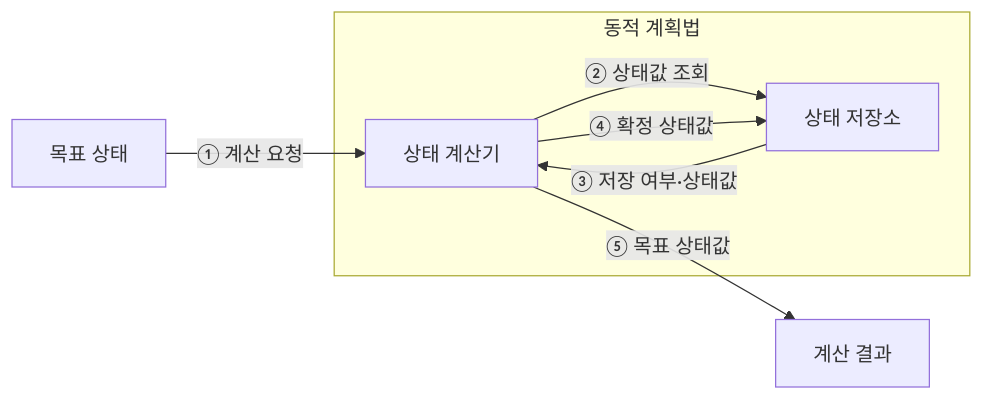
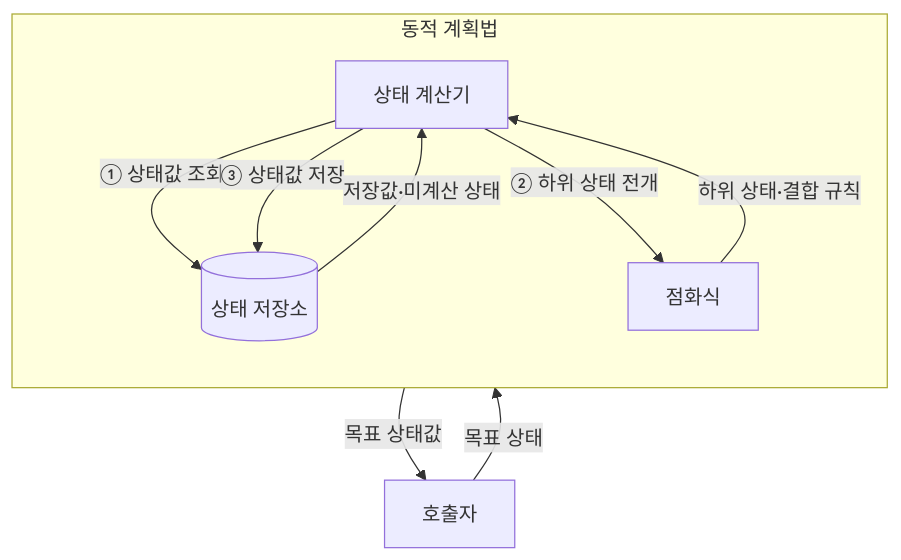
One commit to agnusdei1207/knowledge-base changed the second of 3 diagrams in src/content/docs/notes/01-basic-theory/013_dynamic_programming.md. Above: the diagram before and after it, drawn with Mermaid. The commit also changed other lines of this file and 18 other files, not shown here.

Commit message:
docs: revise basic theory notes 001-020 diagrams

````diff
--- a/src/content/docs/notes/01-basic-theory/013_dynamic_programming.md
+++ b/src/content/docs/notes/01-basic-theory/013_dynamic_programming.md
@@ -62,10 +70,17 @@
 ```mermaid
-flowchart LR
-    Q[목표 상태] -->|① 계산 요청| P
+flowchart TB
+    Q[호출자]
     subgraph DP[동적 계획법]
-        P[상태 계산기] -->|② 상태값 조회| M[상태 저장소]
-        M -->|③ 저장 여부·상태값| P
-        P -->|④ 확정 상태값| M
+        direction TB
+        P[상태 계산기]
+        R[점화식]
+        M[(상태 저장소)]
+        P -->|① 상태값 조회| M
+        M -->|저장값·미계산 상태| P
+        P -->|② 하위 상태 전개| R
+        R -->|하위 상태·결합 규칙| P
+        P -->|③ 상태값 저장| M
     end
-    P -->|⑤ 목표 상태값| O[계산 결과]
+    Q -->|목표 상태| P
+    P -->|목표 상태값| Q
 ```
````
